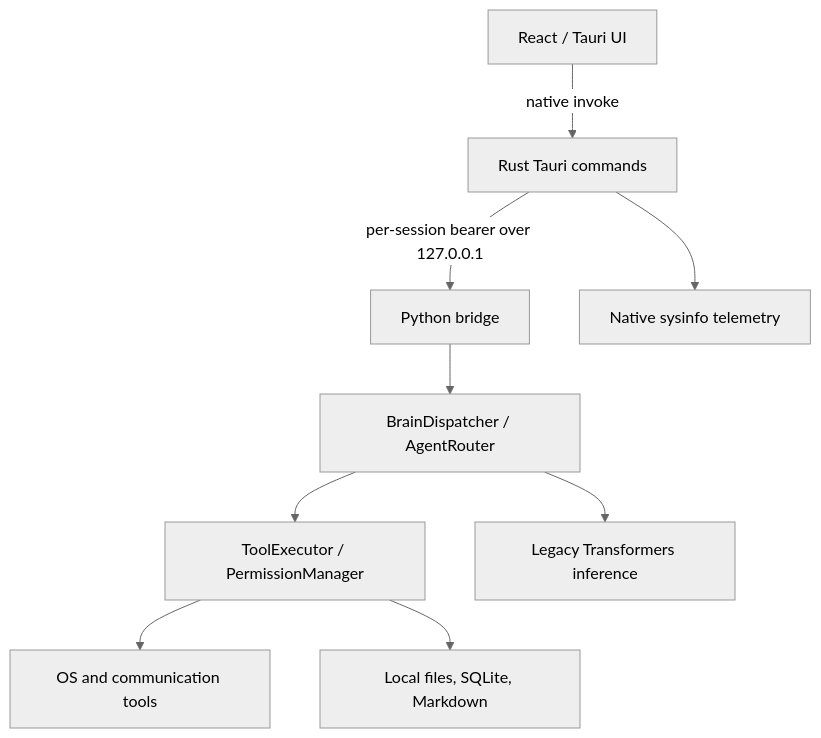
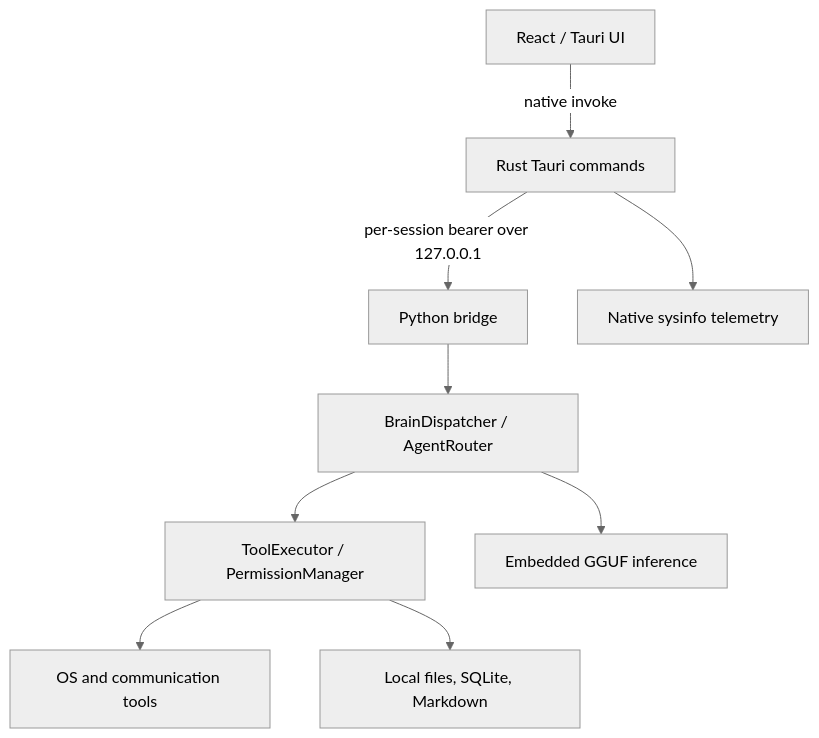
One commit to KiritoTempest175/AURIX changed the first of 2 diagrams in docs/ARCHITECTURE.md. Above: the diagram before and after it, drawn with Mermaid (neutral theme). The commit also changed other lines of this file and 23 other files, not shown here.

````diff
--- a/docs/ARCHITECTURE.md
+++ b/docs/ARCHITECTURE.md
@@ -7,11 +7,11 @@
 ```mermaid
 flowchart TD
   UI[React / Tauri UI] -->|native invoke| RS[Rust Tauri commands]
   RS -->|per-session bearer over 127.0.0.1| BS[Python bridge]
   BS --> AR[BrainDispatcher / AgentRouter]
   AR --> TE[ToolExecutor / PermissionManager]
   TE --> AT[OS and communication tools]
-  AR --> LM[Legacy Transformers inference]
+  AR --> LM[Embedded GGUF inference]
   RS --> GOV[Native sysinfo telemetry]
   TE --> STO[Local files, SQLite, Markdown]
 ```
````
